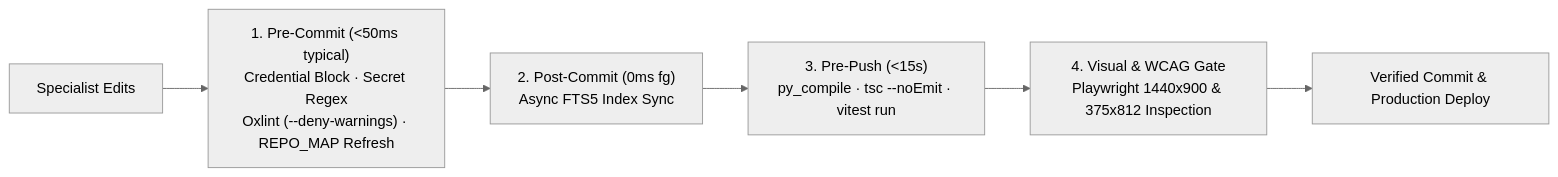
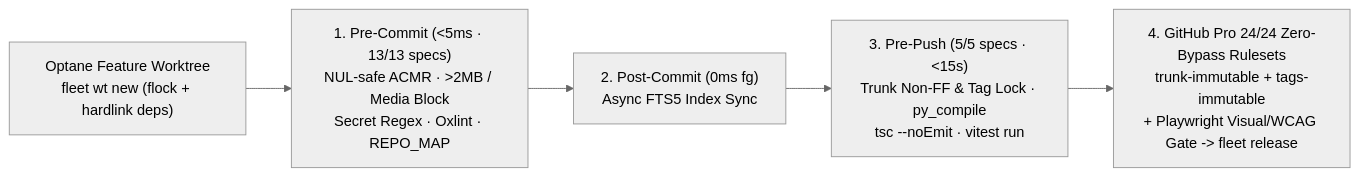
One commit to jhathcock-sys/Public-Showcase changed the first of 2 diagrams in 02_AI-Systems-Architecture/05-Autonomous-DevOps-and-Zero-Trust-Gates.md. Above: the diagram before and after it, drawn with Mermaid (neutral theme). The commit also changed other lines of this file and 10 other files, not shown here.

Commit message:
docs(showcase): add Deterministic Video Engine chapter & sync Halcyon/DevOps/PTT v0.4.0 architecture

````diff
--- a/02_AI-Systems-Architecture/05-Autonomous-DevOps-and-Zero-Trust-Gates.md
+++ b/02_AI-Systems-Architecture/05-Autonomous-DevOps-and-Zero-Trust-Gates.md
@@ -24,8 +25,7 @@
 ```mermaid
 flowchart LR
-    Code["Specialist Edits"] --> PreC["1. Pre-Commit (<50ms typical)\nCredential Block · Secret Regex\nOxlint (--deny-warnings) · REPO_MAP Refresh"]
+    WT["Optane Feature Worktree\nfleet wt new (flock + hardlink deps)"] --> PreC["1. Pre-Commit (<5ms · 13/13 specs)\nNUL-safe ACMR · >2MB / Media Block\nSecret Regex · Oxlint · REPO_MAP"]
     PreC --> PostC["2. Post-Commit (0ms fg)\nAsync FTS5 Index Sync"]
-    PostC --> PreP["3. Pre-Push (<15s)\npy_compile · tsc --noEmit · vitest run"]
-    PreP --> Vis["4. Visual & WCAG Gate\nPlaywright 1440x900 & 375x812 Inspection"]
-    Vis --> Ship["Verified Commit & Production Deploy"]
+    PostC --> PreP["3. Pre-Push (5/5 specs · <15s)\nTrunk Non-FF & Tag Lock · py_compile\ntsc --noEmit · vitest run"]
+    PreP --> GH["4. GitHub Pro 24/24 Zero-Bypass Rulesets\ntrunk-immutable + tags-immutable\n+ Playwright Visual/WCAG Gate -> fleet release"]
 ```
````
